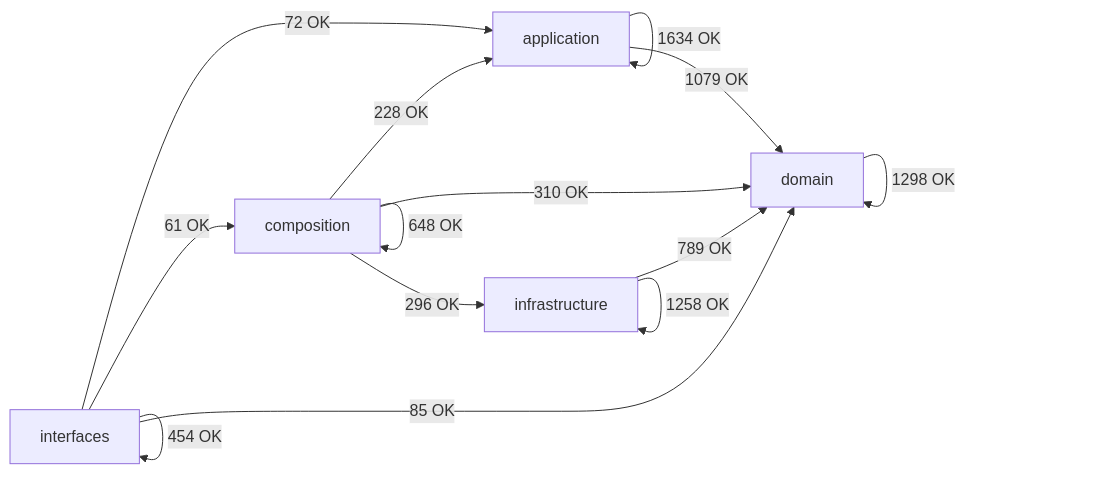
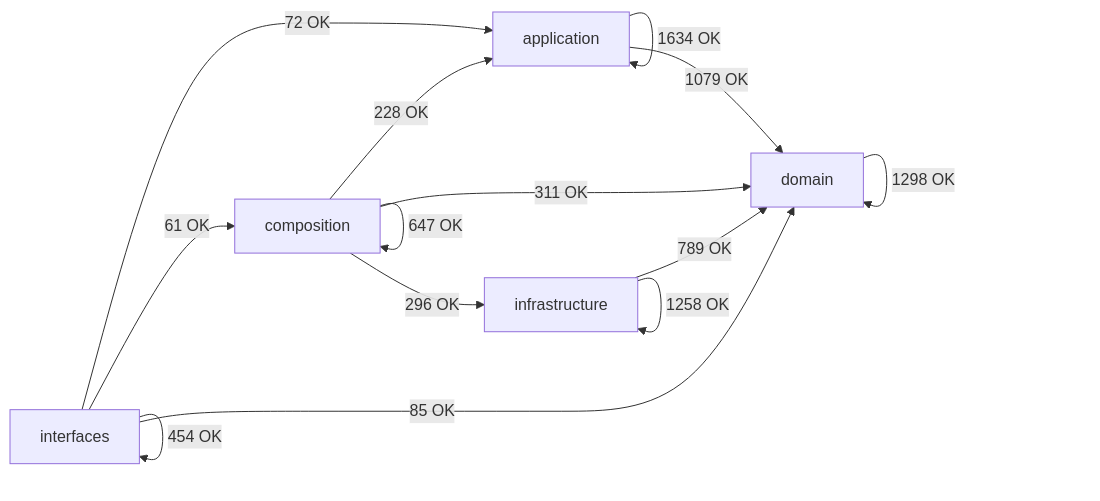
Before and after one commit to SatoryKono/BioactivityDataAcquisition: the diagram in docs/02-architecture/generated/module-dependency-map.md, drawn with Mermaid. The commit also changed other lines of this file and 36 other files, not shown here.

````diff
--- a/docs/02-architecture/generated/module-dependency-map.md
+++ b/docs/02-architecture/generated/module-dependency-map.md
@@ -17,21 +17,21 @@
 ```mermaid
 flowchart LR
     domain[domain]
     application[application]
     infrastructure[infrastructure]
     composition[composition]
     interfaces[interfaces]
     application -->|1634 OK| application
     application -->|1079 OK| domain
     composition -->|228 OK| application
-    composition -->|648 OK| composition
-    composition -->|310 OK| domain
+    composition -->|647 OK| composition
+    composition -->|311 OK| domain
     composition -->|296 OK| infrastructure
     domain -->|1298 OK| domain
     infrastructure -->|789 OK| domain
     infrastructure -->|1258 OK| infrastructure
     interfaces -->|72 OK| application
     interfaces -->|61 OK| composition
     interfaces -->|85 OK| domain
     interfaces -->|454 OK| interfaces
 ```
````
